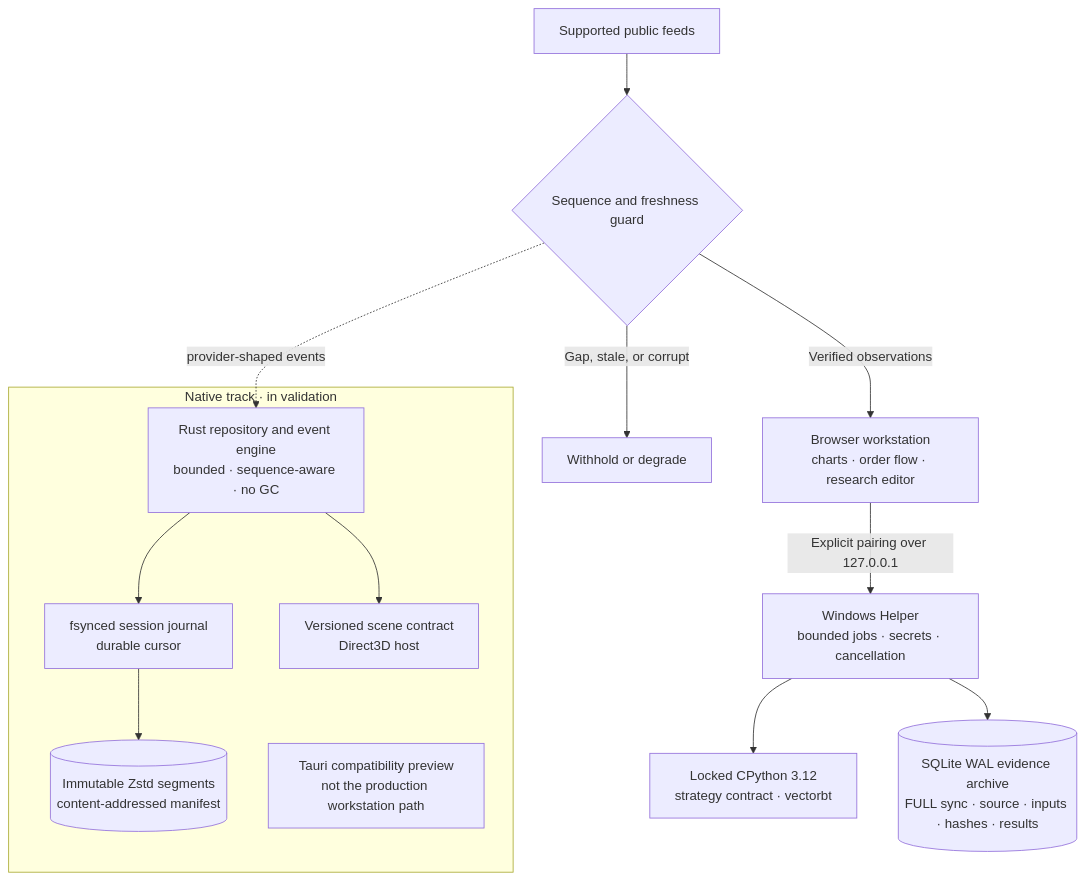
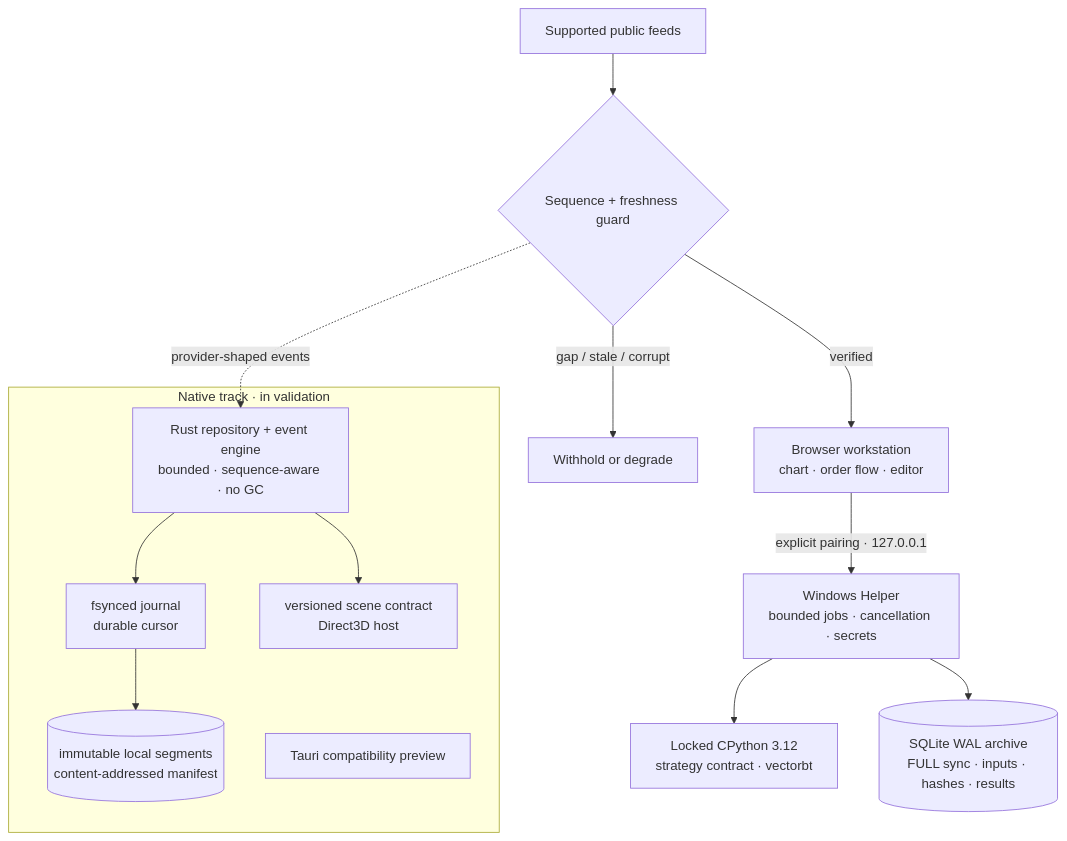
One commit to zephyriaa/zterminal changed the diagram in README.md. Above: the diagram before and after it, drawn with Mermaid. The commit also changed other lines of this file, not shown here.

````diff
--- a/README.md
+++ b/README.md
@@ -129,18 +116,19 @@
 ```mermaid
 flowchart TB
-    F[Supported public feeds] --> G{Sequence and freshness guard}
-    G -->|Verified observations| W[Browser workstation<br/>charts · order flow · research editor]
-    G -->|Gap, stale, or corrupt| X[Withhold or degrade]
-    W -->|Explicit pairing over 127.0.0.1| H[Windows Helper<br/>bounded jobs · secrets · cancellation]
+    F[Supported public feeds] --> G{Sequence + freshness guard}
+    G -->|verified| W[Browser workstation<br/>chart · order flow · editor]
+    G -->|gap / stale / corrupt| X[Withhold or degrade]
+
+    W -->|explicit pairing · 127.0.0.1| H[Windows Helper<br/>bounded jobs · cancellation · secrets]
     H --> P[Locked CPython 3.12<br/>strategy contract · vectorbt]
-    H --> A[(SQLite WAL evidence archive<br/>FULL sync · source · inputs · hashes · results)]
+    H --> A[(SQLite WAL archive<br/>FULL sync · inputs · hashes · results)]
 
-    subgraph Native_Track[Native track · in validation]
-        E[Rust repository and event engine<br/>bounded · sequence-aware · no GC] --> J[fsynced session journal<br/>durable cursor]
-        J --> S[(Immutable Zstd segments<br/>content-addressed manifest)]
-        E --> D[Versioned scene contract<br/>Direct3D host]
-        T[Tauri compatibility preview<br/>not the production workstation path]
+    subgraph Native_track[Native track · in validation]
+        E[Rust repository + event engine<br/>bounded · sequence-aware · no GC] --> J[fsynced journal<br/>durable cursor]
+        J --> S[(immutable local segments<br/>content-addressed manifest)]
+        E --> D[versioned scene contract<br/>Direct3D host]
+        T[Tauri compatibility preview]
     end
 
     G -. provider-shaped events .-> E
 ```
````
